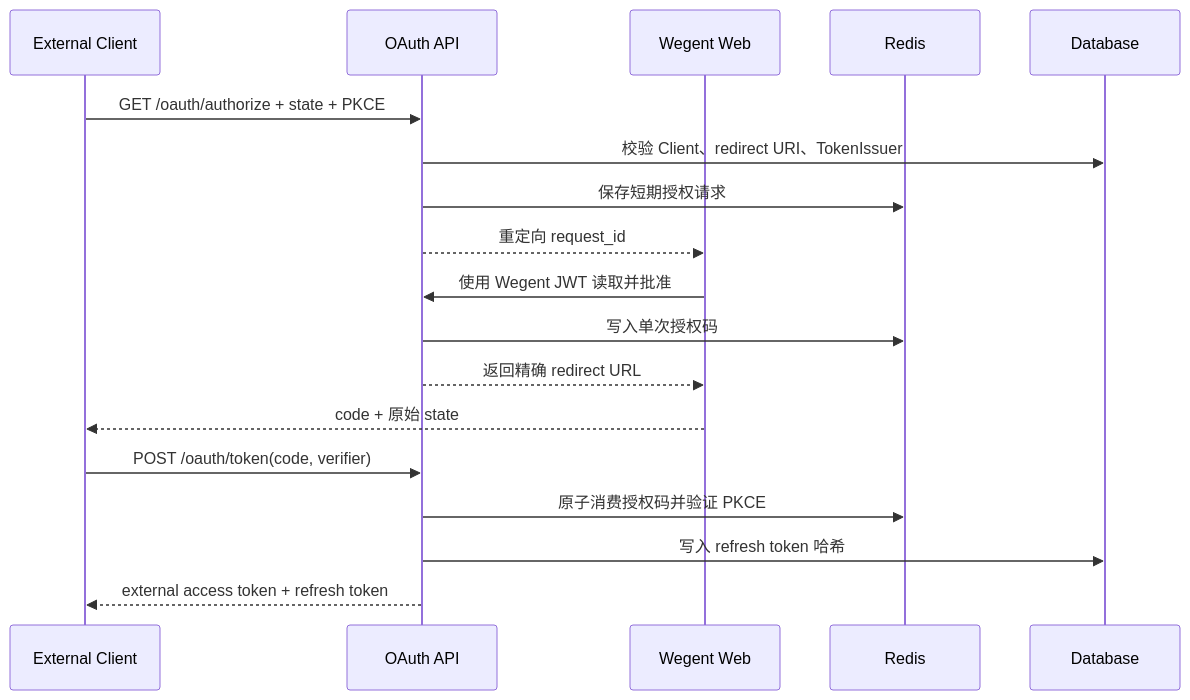
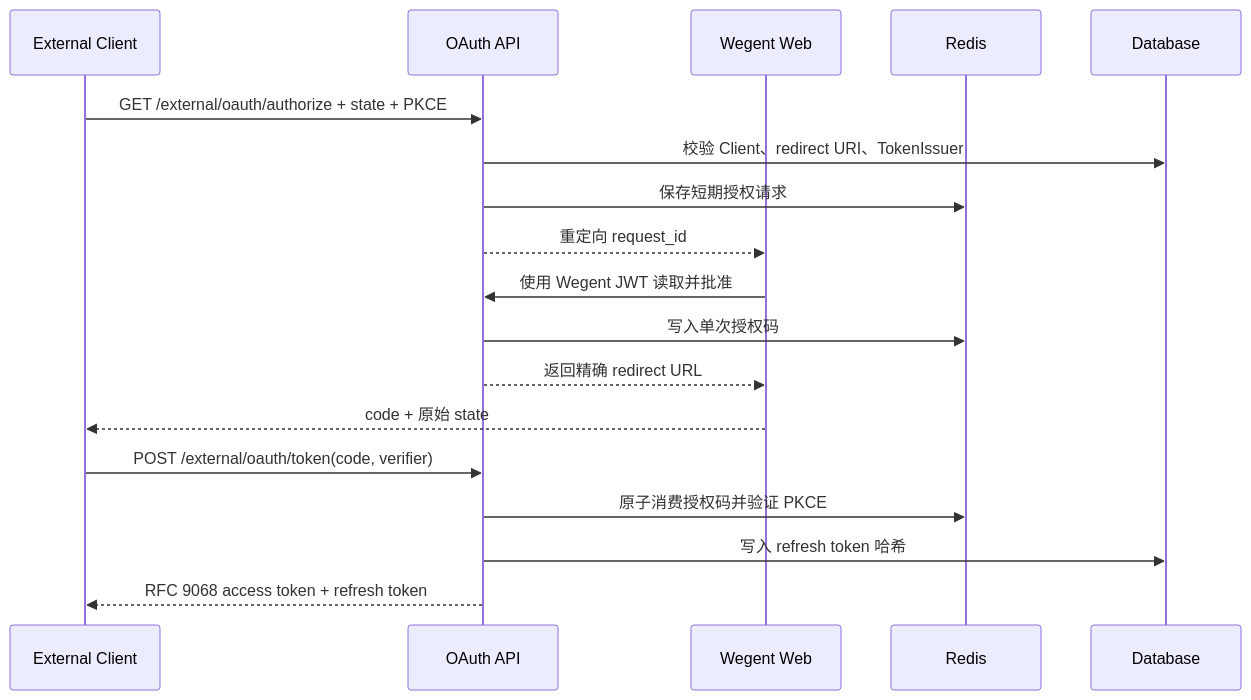
One commit to wecode-ai/Wegent changed the third of 4 diagrams in docs/zh/architecture/external-oauth-provider.md. Above: the diagram before and after it, drawn with Mermaid. The commit also changed other lines of this file and 29 other files, not shown here.

Commit message:
refactor(auth): simplify external oauth client management

````diff
--- a/docs/zh/architecture/external-oauth-provider.md
+++ b/docs/zh/architecture/external-oauth-provider.md
@@ -32,21 +62,21 @@
 ```mermaid
 sequenceDiagram
     participant C as External Client
     participant O as OAuth API
     participant W as Wegent Web
     participant R as Redis
     participant D as Database
 
-    C->>O: GET /oauth/authorize + state + PKCE
+    C->>O: GET /external/oauth/authorize + state + PKCE
     O->>D: 校验 Client、redirect URI、TokenIssuer
     O->>R: 保存短期授权请求
     O-->>W: 重定向 request_id
     W->>O: 使用 Wegent JWT 读取并批准
     O->>R: 写入单次授权码
     O-->>W: 返回精确 redirect URL
     W-->>C: code + 原始 state
-    C->>O: POST /oauth/token(code, verifier)
+    C->>O: POST /external/oauth/token(code, verifier)
     O->>R: 原子消费授权码并验证 PKCE
     O->>D: 写入 refresh token 哈希
-    O-->>C: external access token + refresh token
+    O-->>C: RFC 9068 access token + refresh token
 ```
````
